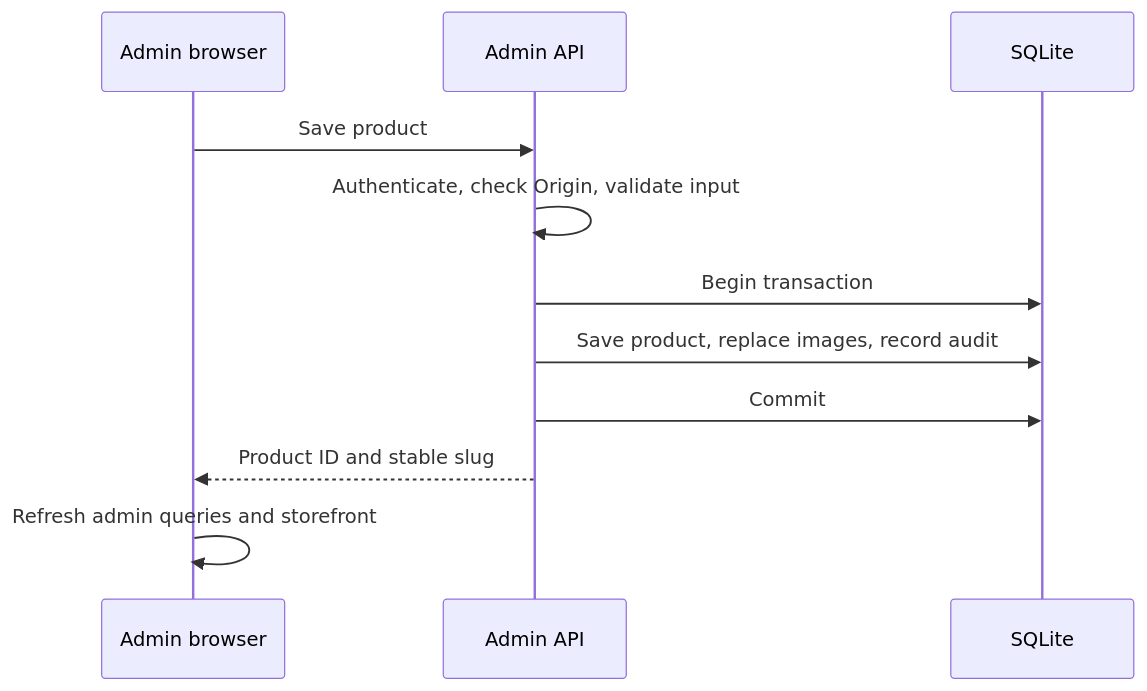
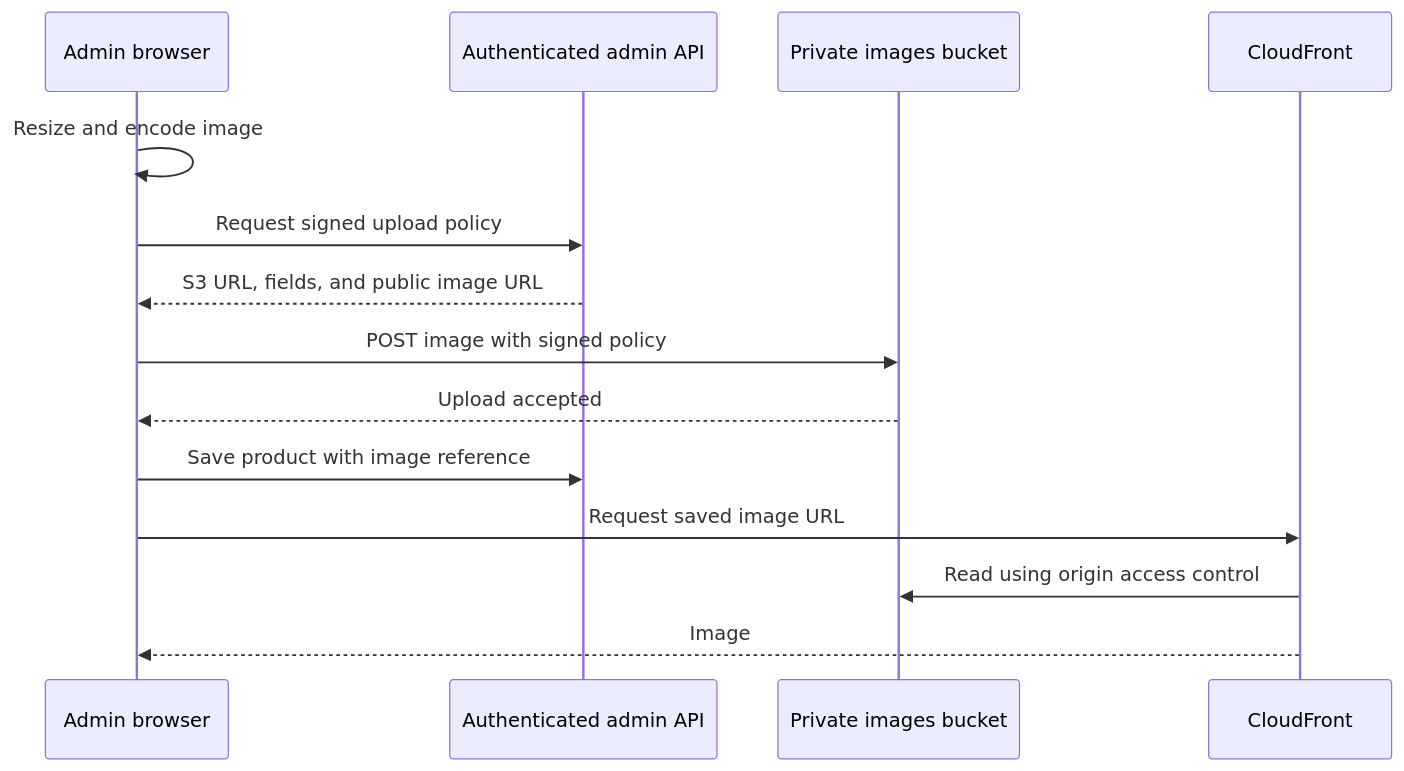
Before and after one commit to gchape/beautycode: the fifth of 5 diagrams in README.md, drawn with Mermaid. The commit also changed other lines of this file and 1 other file, not shown here.

````diff
--- a/README.md
+++ b/README.md
@@ -75,13 +400,16 @@
 ```mermaid
 sequenceDiagram
-    participant User as Admin browser
-    participant API as Admin API
-    participant DB as SQLite
-    User->>API: Save product
-    API->>API: Authenticate, check Origin, validate input
-    API->>DB: Begin transaction
-    API->>DB: Save product, replace images, record audit
-    API->>DB: Commit
-    API-->>User: Product ID and stable slug
-    User->>User: Refresh admin queries and storefront
+    participant Admin as Admin browser
+    participant API as Authenticated admin API
+    participant S3 as Private images bucket
+    participant CDN as CloudFront
+    Admin->>Admin: Resize and encode image
+    Admin->>API: Request signed upload policy
+    API-->>Admin: S3 URL, fields, and public image URL
+    Admin->>S3: POST image with signed policy
+    S3-->>Admin: Upload accepted
+    Admin->>API: Save product with image reference
+    Admin->>CDN: Request saved image URL
+    CDN->>S3: Read using origin access control
+    CDN-->>Admin: Image
 ```
````
